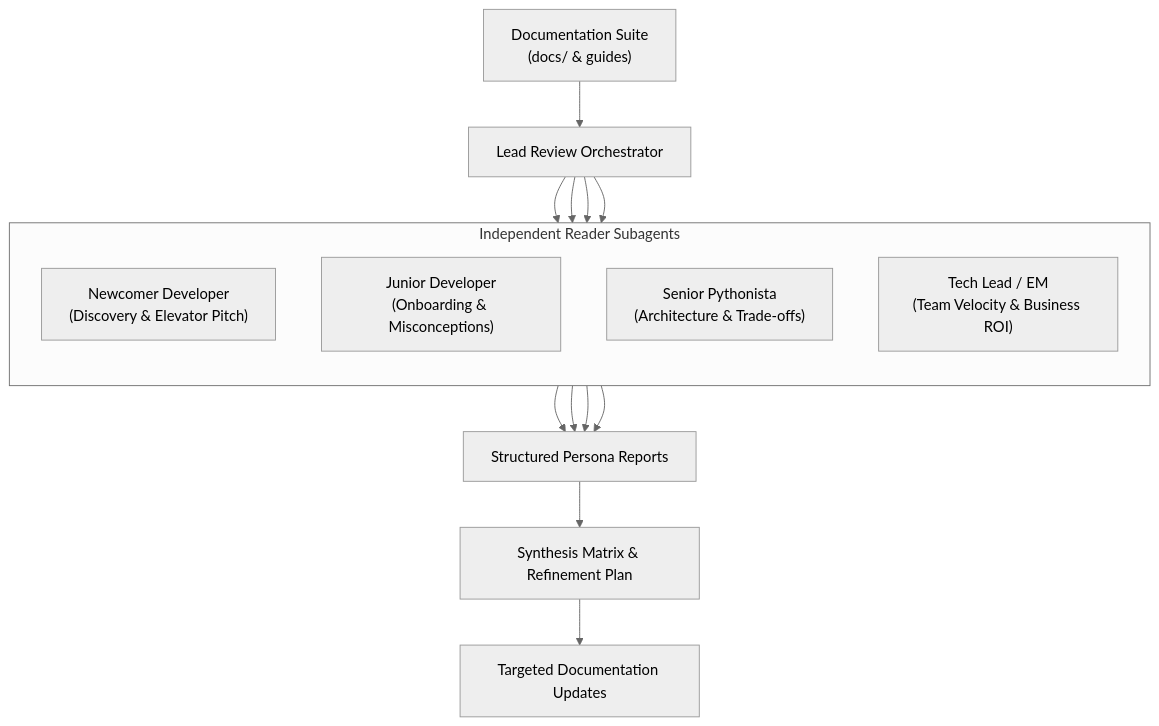
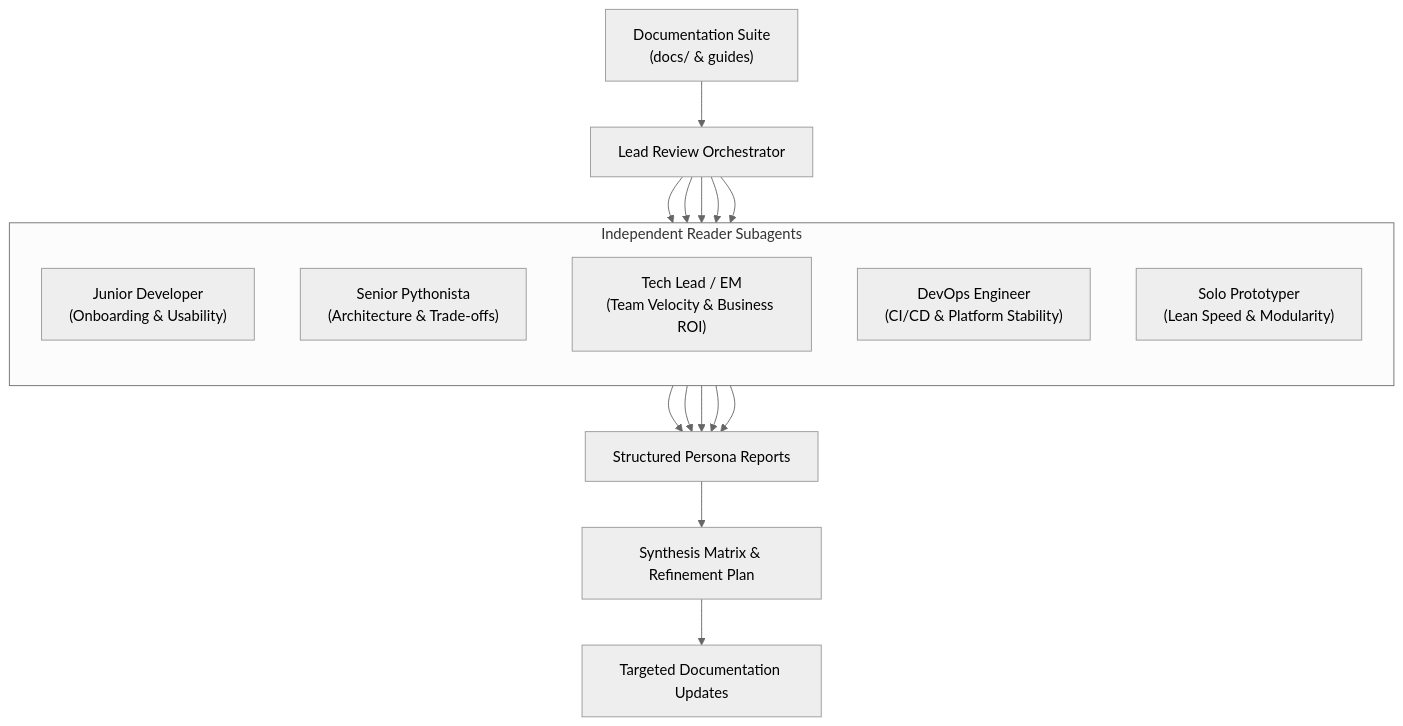
The diagram in {{cookiecutter.project_slug}}/.agents/skills/workflow-docs-consumers/SKILL.md (bwrob/zenith), drawn with Mermaid (neutral theme) before and after one commit. The commit also changed other lines of this file and 9 other files, not shown here.

````diff
--- a/{{cookiecutter.project_slug}}/.agents/skills/workflow-docs-consumers/SKILL.md
+++ b/{{cookiecutter.project_slug}}/.agents/skills/workflow-docs-consumers/SKILL.md
@@ -26,25 +26,28 @@
 ```mermaid
 flowchart TD
     Docs["Documentation Suite<br/>(docs/ & guides)"] --> Orchestrator["Lead Review Orchestrator"]
 
     subgraph Personas["Independent Reader Subagents"]
         direction TB
-        P1["Newcomer Developer<br/>(Discovery & Elevator Pitch)"]
-        P2["Junior Developer<br/>(Onboarding & Misconceptions)"]
-        P3["Senior Pythonista<br/>(Architecture & Trade-offs)"]
-        P4["Tech Lead / EM<br/>(Team Velocity & Business ROI)"]
+        P1["Junior Developer<br/>(Onboarding & Usability)"]
+        P2["Senior Pythonista<br/>(Architecture & Trade-offs)"]
+        P3["Tech Lead / EM<br/>(Team Velocity & Business ROI)"]
+        P4["DevOps Engineer<br/>(CI/CD & Platform Stability)"]
+        P5["Solo Prototyper<br/>(Lean Speed & Modularity)"]
     end
 
     Orchestrator --> P1
     Orchestrator --> P2
     Orchestrator --> P3
     Orchestrator --> P4
+    Orchestrator --> P5
 
     P1 --> Reports["Structured Persona Reports"]
     P2 --> Reports
     P3 --> Reports
     P4 --> Reports
+    P5 --> Reports
 
     Reports --> Synthesis["Synthesis Matrix & Refinement Plan"]
     Synthesis --> Updates["Targeted Documentation Updates"]
 ```
````
